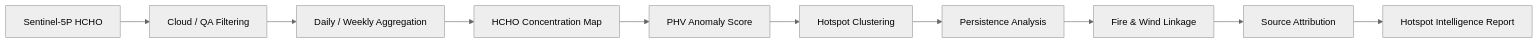
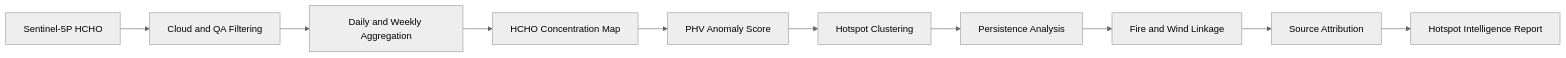
Before and after one commit to aksh08022006/vayu-aqi-hcho: the second of 3 diagrams in README.md, drawn with Mermaid (neutral theme). The commit also changed other lines of this file, not shown here.

Commit message:
Fix README Mermaid rendering

````diff
--- a/README.md
+++ b/README.md
@@ -136,12 +136,12 @@
 ```mermaid
 flowchart LR
-    A[Sentinel-5P HCHO] --> B[Cloud / QA Filtering]
-    B --> C[Daily / Weekly Aggregation]
-    C --> D[HCHO Concentration Map]
-    D --> E[PHV Anomaly Score]
-    E --> F[Hotspot Clustering]
-    F --> G[Persistence Analysis]
-    G --> H[Fire & Wind Linkage]
-    H --> I[Source Attribution]
-    I --> J[Hotspot Intelligence Report]
+    A["Sentinel-5P HCHO"] --> B["Cloud and QA Filtering"]
+    B --> C["Daily and Weekly Aggregation"]
+    C --> D["HCHO Concentration Map"]
+    D --> E["PHV Anomaly Score"]
+    E --> F["Hotspot Clustering"]
+    F --> G["Persistence Analysis"]
+    G --> H["Fire and Wind Linkage"]
+    H --> I["Source Attribution"]
+    I --> J["Hotspot Intelligence Report"]
 ```
````
